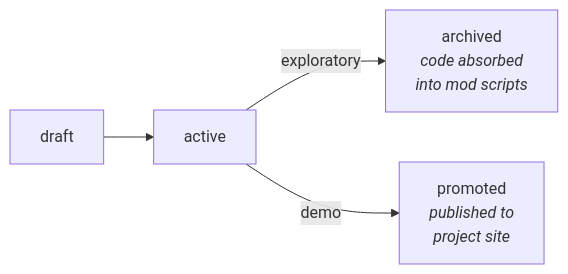
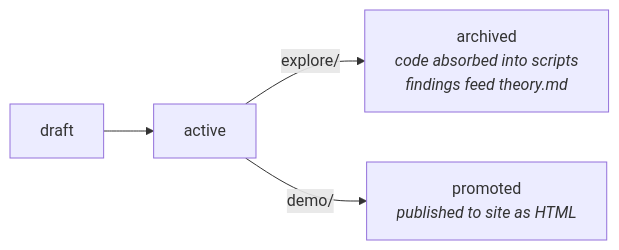
Before and after one commit to arashshahidi1997/projio: the fourth of 5 diagrams in docs/specs/pipeio/ontology.md, drawn with Mermaid. The commit also changed other lines of this file, not shown here.

Commit message:
Ontology: explore/demo notebook workspaces, mod doc facets, manifest.yml, publish.yml, git-linked scripts

````diff
--- a/docs/specs/pipeio/ontology.md
+++ b/docs/specs/pipeio/ontology.md
@@ -168,6 +316,6 @@
 ```mermaid
 graph LR
     Draft["draft"] --> Active["active"]
-    Active -->|exploratory| Archived["archived<br/><i>code absorbed<br/>into mod scripts</i>"]
-    Active -->|demo| Promoted["promoted<br/><i>published to<br/>project site</i>"]
+    Active -->|"explore/"| Archived["archived<br/><i>code absorbed into scripts<br/>findings feed theory.md</i>"]
+    Active -->|"demo/"| Promoted["promoted<br/><i>published to site as HTML</i>"]
 ```
````
